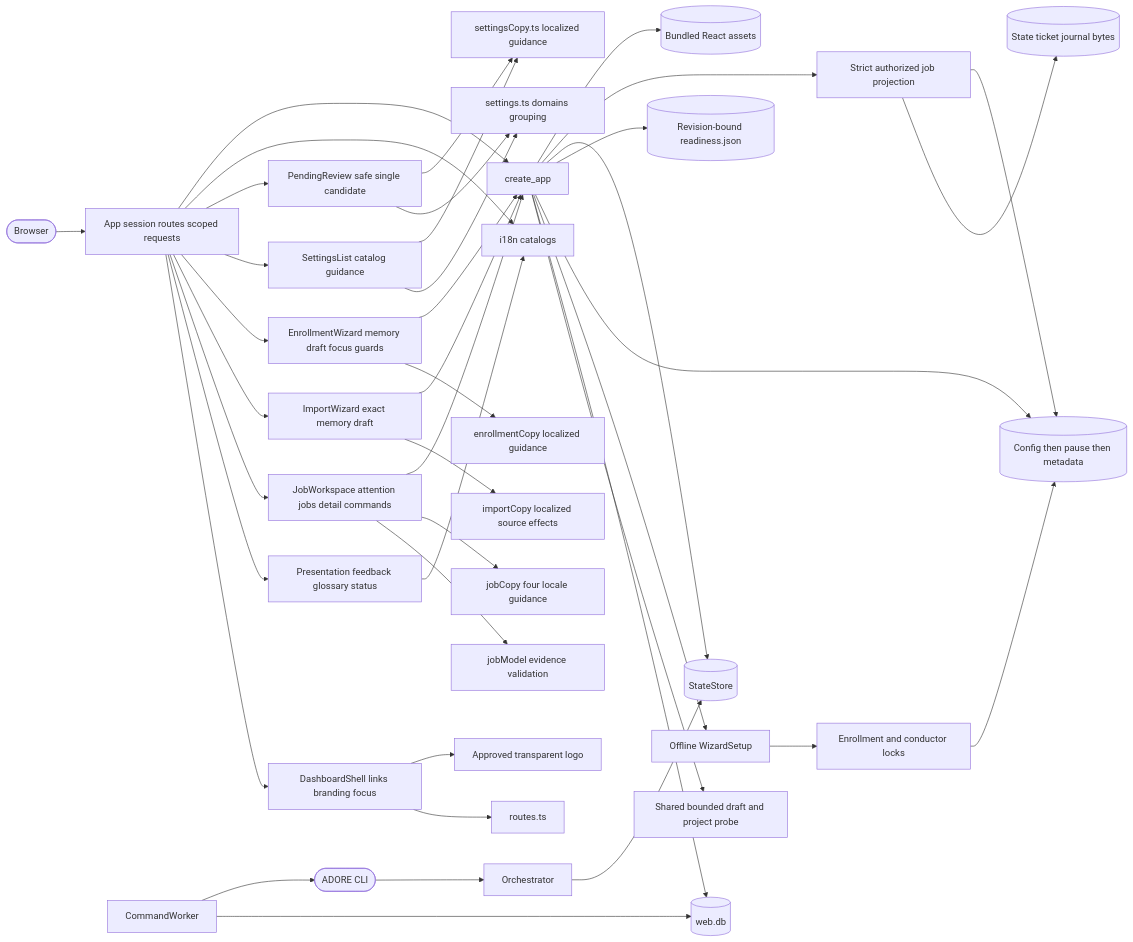
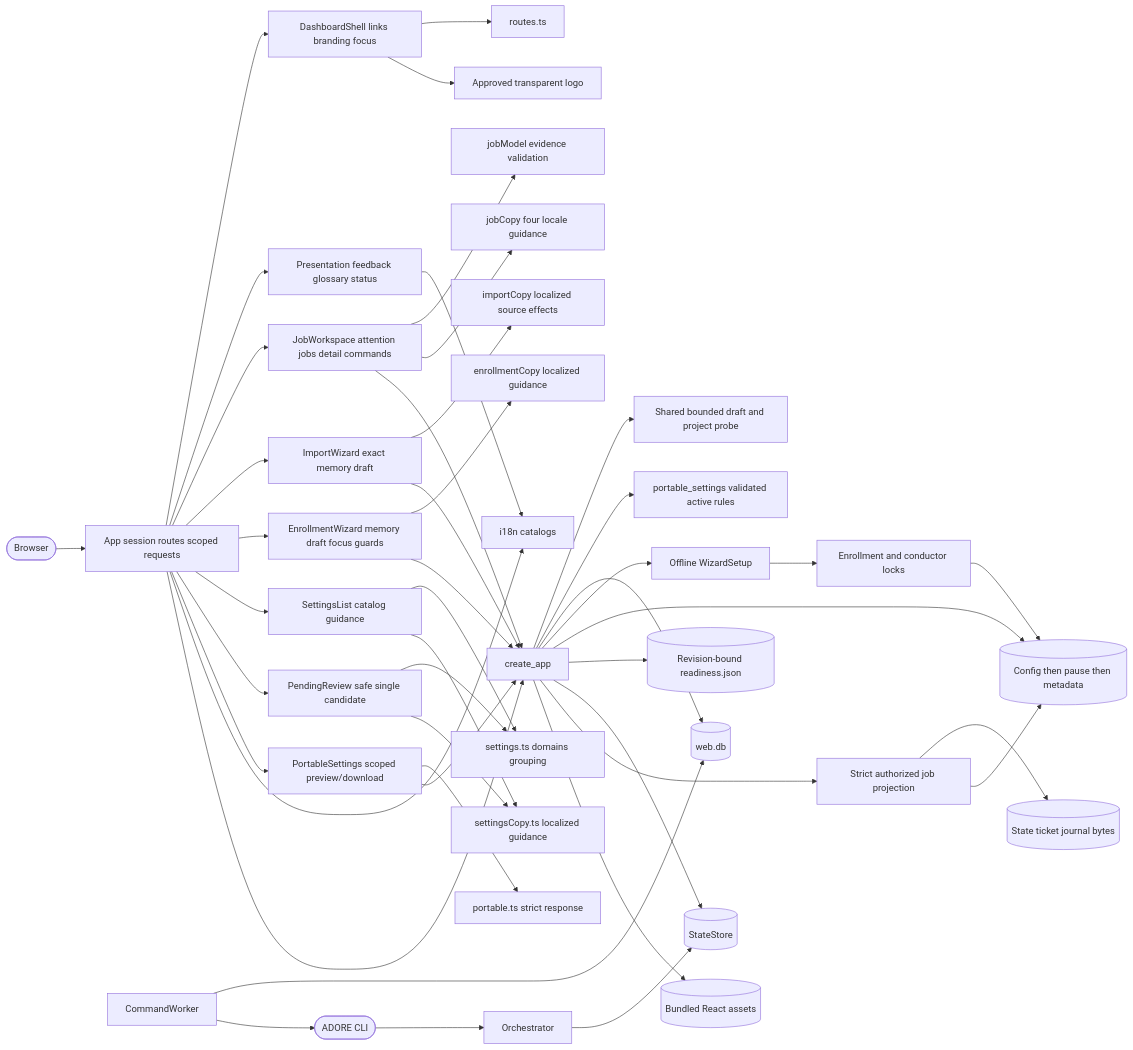
One commit to DDP-Engineering/AgenticDeliveryOrchestratorRuntimeEngine changed the diagram in .agentic/knowledge/web-interface.md. Above: the diagram before and after it, drawn with Mermaid. The commit also changed other lines of this file and 39 other files, not shown here.

First line of the commit message:
feat(web): export strict portable project settings (#9)

````diff
--- a/.agentic/knowledge/web-interface.md
+++ b/.agentic/knowledge/web-interface.md
@@ -344,43 +360,47 @@
 ```mermaid
 flowchart LR
     browser([Browser]) --> App[App session routes scoped requests]
     App --> DashboardShell[DashboardShell links branding focus]
     App --> Presentation[Presentation feedback glossary status]
     App --> JobWorkspace[JobWorkspace attention jobs detail commands]
     JobWorkspace --> jobModel[jobModel evidence validation]
     JobWorkspace --> jobCopy[jobCopy four locale guidance]
     JobWorkspace --> api
     App --> ImportWizard[ImportWizard exact memory draft]
     ImportWizard --> importCopy[importCopy localized source effects]
     ImportWizard --> api
     App --> EnrollmentWizard[EnrollmentWizard memory draft focus guards]
     EnrollmentWizard --> enrollmentCopy[enrollmentCopy localized guidance]
     EnrollmentWizard --> api
     api --> draftProbe[Shared bounded draft and project probe]
     DashboardShell --> routes[routes.ts]
     DashboardShell --> logo[Approved transparent logo]
     App --> SettingsList[SettingsList catalog guidance]
     App --> PendingReview[PendingReview safe single candidate]
     SettingsList --> settings[settings.ts domains grouping]
     PendingReview --> settings
     SettingsList --> settingsCopy[settingsCopy.ts localized guidance]
     PendingReview --> settingsCopy
+    App --> PortableSettings[PortableSettings scoped preview/download]
+    PortableSettings --> portable[portable.ts strict response]
+    PortableSettings --> api
+    api --> portableSource[portable_settings validated active rules]
     App --> i18n[i18n catalogs]
     Presentation --> i18n
     App --> api[create_app]
     api --> identity[(web.db)]
     api --> preparation[Offline WizardSetup]
     preparation --> publication[Enrollment and conductor locks]
     publication --> profiles[(Config then pause then metadata)]
     api --> profiles
     api --> verification[(Revision-bound readiness.json)]
     api --> state[(StateStore)]
     api --> jobs[Strict authorized job projection]
     jobs --> sources[(State ticket journal bytes)]
     jobs --> profiles
     api --> assets[(Bundled React assets)]
     worker[CommandWorker] --> identity
     worker --> cli([ADORE CLI])
     cli --> conductor[Orchestrator]
     conductor --> state
 ```
````
